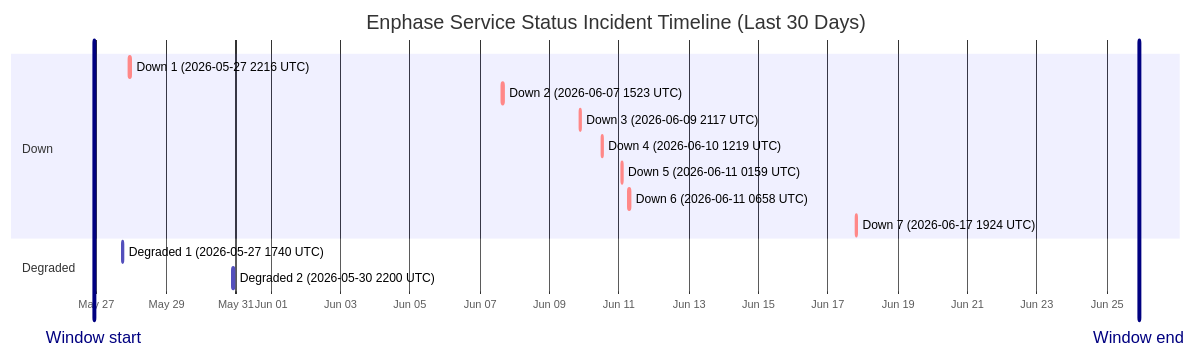
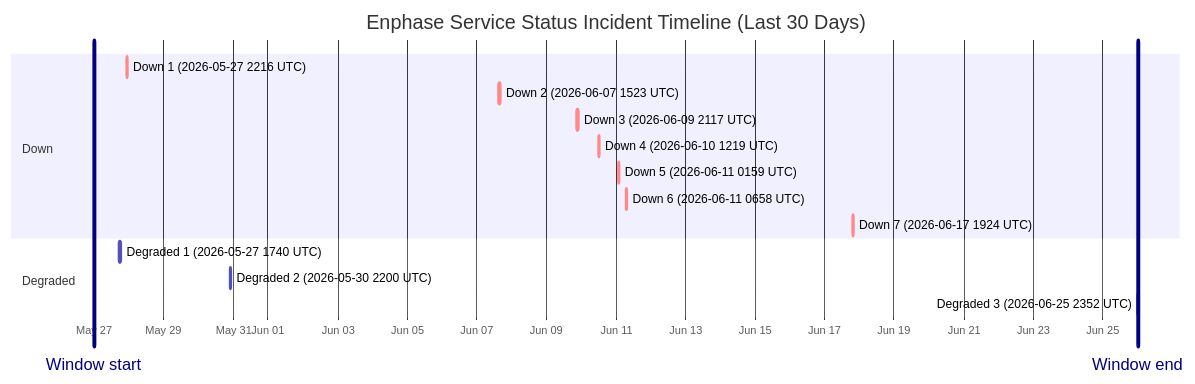
One commit to barneyonline/ha-enphase-energy changed the diagram in wiki/Service-Status-History.md. Above: the diagram before and after it, drawn with Mermaid. The commit also changed other lines of this file and 5 other files, not shown here.

````diff
--- a/wiki/Service-Status-History.md
+++ b/wiki/Service-Status-History.md
@@ -14,19 +14,20 @@
 ```mermaid
 gantt
     title Enphase Service Status Incident Timeline (Last 30 Days)
     dateFormat  YYYY-MM-DDTHH:mm:ss
     axisFormat  %b %d
-    Window start :vert, window-start, 2026-05-26T22:20:26, 0ms
-    Window end :vert, window-end, 2026-06-25T22:20:26, 0ms
+    Window start :vert, window-start, 2026-05-26T23:52:01, 0ms
+    Window end :vert, window-end, 2026-06-25T23:52:01, 0ms
     section Down
     Down 1 (2026-05-27 2216 UTC) :crit, down-1, 2026-05-27T22:16:53, 87m
     Down 2 (2026-06-07 1523 UTC) :crit, down-2, 2026-06-07T15:23:22, 87m
     Down 3 (2026-06-09 2117 UTC) :crit, down-3, 2026-06-09T21:17:17, 60m
     Down 4 (2026-06-10 1219 UTC) :crit, down-4, 2026-06-10T12:19:21, 60m
     Down 5 (2026-06-11 0159 UTC) :crit, down-5, 2026-06-11T01:59:36, 60m
     Down 6 (2026-06-11 0658 UTC) :crit, down-6, 2026-06-11T06:58:45, 60m
     Down 7 (2026-06-17 1924 UTC) :crit, down-7, 2026-06-17T19:24:51, 60m
     section Degraded
     Degraded 1 (2026-05-27 1740 UTC) :active, degraded-1, 2026-05-27T17:40:52, 60m
     Degraded 2 (2026-05-30 2200 UTC) :active, degraded-2, 2026-05-30T22:00:37, 60m
+    Degraded 3 (2026-06-25 2352 UTC) :active, degraded-3, 2026-06-25T23:52:01, 60m
 ```
````
